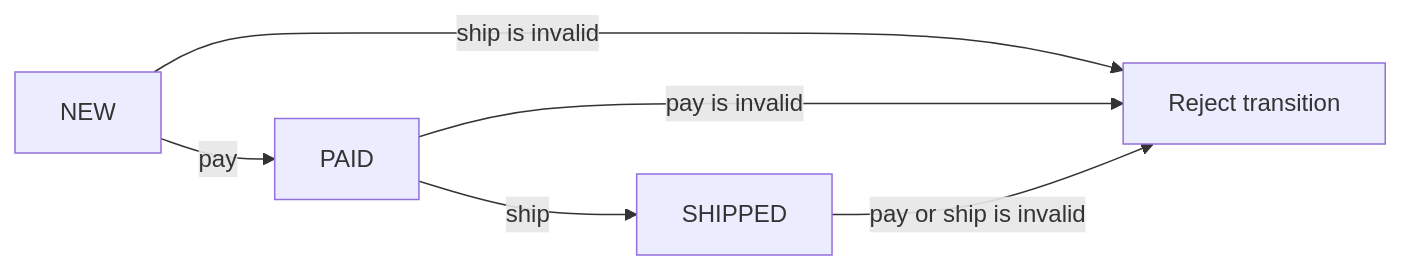
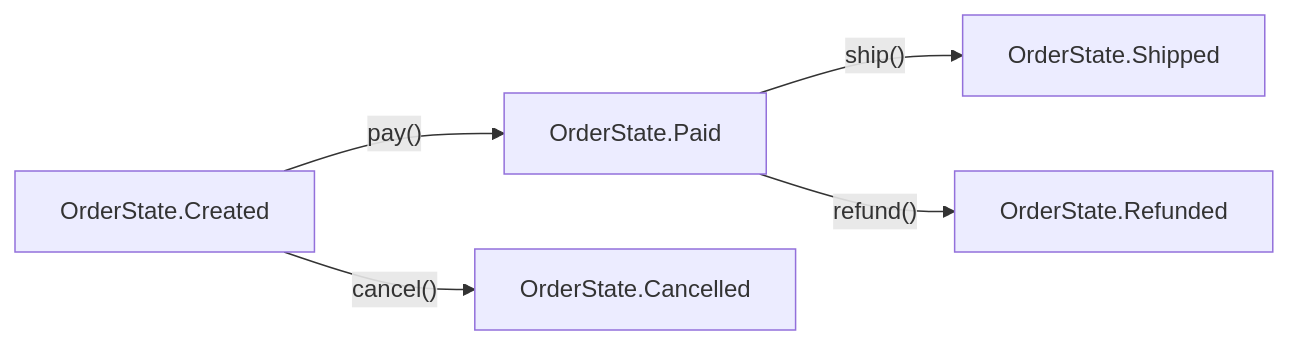
The fourth of 5 diagrams in content/roadmap/level-6/behavioral-patterns.md (ravishankar2463/java_hub), drawn with Mermaid before and after one commit. The commit also changed other lines of this file, not shown here.

````diff
--- a/content/roadmap/level-6/behavioral-patterns.md
+++ b/content/roadmap/level-6/behavioral-patterns.md
@@ -267,8 +344,7 @@
 ```mermaid
 flowchart LR
-    New["NEW"] -->|"pay"| Paid["PAID"]
-    Paid -->|"ship"| Shipped["SHIPPED"]
-    New -->|"ship is invalid"| Error["Reject transition"]
-    Paid -->|"pay is invalid"| Error
-    Shipped -->|"pay or ship is invalid"| Error
+    Created["OrderState.Created"] -->|"pay()"| Paid["OrderState.Paid"]
+    Paid -->|"ship()"| Shipped["OrderState.Shipped"]
+    Created -->|"cancel()"| Cancelled["OrderState.Cancelled"]
+    Paid -->|"refund()"| Refunded["OrderState.Refunded"]
 ```
````
